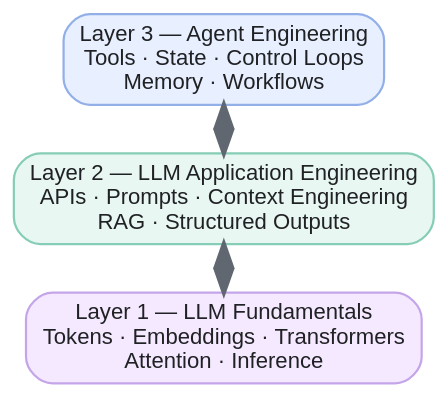
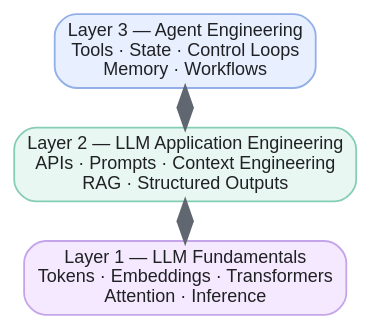
One commit to lngsa1234/my-llm-playground changed the first of 5 diagrams in knowledge_base/week-01-llm-fundamentals/concepts.md. Above: the diagram before and after it, drawn with Graphviz. The commit also changed 1 other file, not shown here.

Commit message:
Constrain learning layers diagram width

````diff
--- a/knowledge_base/week-01-llm-fundamentals/concepts.md
+++ b/knowledge_base/week-01-llm-fundamentals/concepts.md
@@ -5,11 +5,12 @@
 ```graphviz
+// width: 360
 digraph learning_layers {
-  rankdir=BT; bgcolor="transparent"; nodesep=.25; ranksep=.3; size="4,3!";
+  rankdir=BT; bgcolor="transparent"; nodesep=.25; ranksep=.3;
   node [shape=box style="rounded,filled" fontname="Arial" fontsize=10 fontcolor="#202124" margin=".12,.06"];
   fundamentals [label="Layer 1 — LLM Fundamentals\nTokens · Embeddings · Transformers\nAttention · Inference" fillcolor="#F5E9FF" color="#C5A5E9"];
   application [label="Layer 2 — LLM Application Engineering\nAPIs · Prompts · Context Engineering\nRAG · Structured Outputs" fillcolor="#E8F7F2" color="#86CDB7"];
   agents [label="Layer 3 — Agent Engineering\nTools · State · Control Loops\nMemory · Workflows" fillcolor="#E8F0FF" color="#92AFE8"];
   fundamentals -> application [dir=both color="#606770" penwidth=2];
   application -> agents [dir=both color="#606770" penwidth=2];
 }
 ```
````
